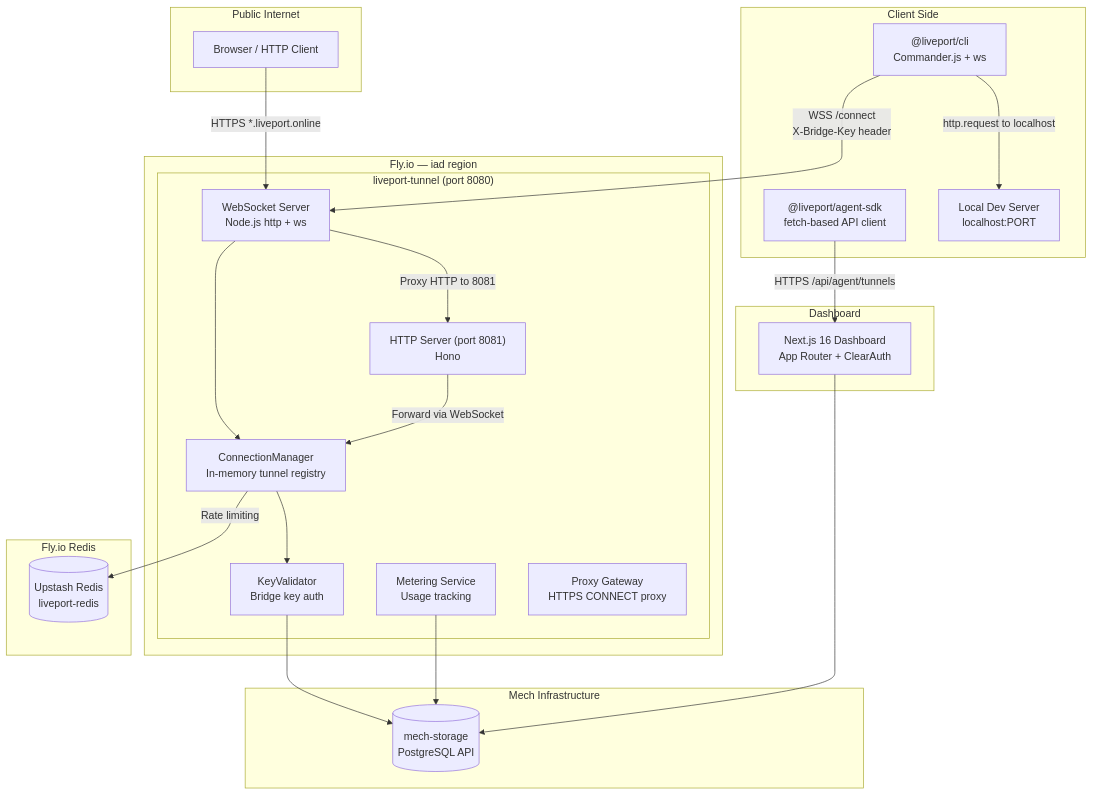
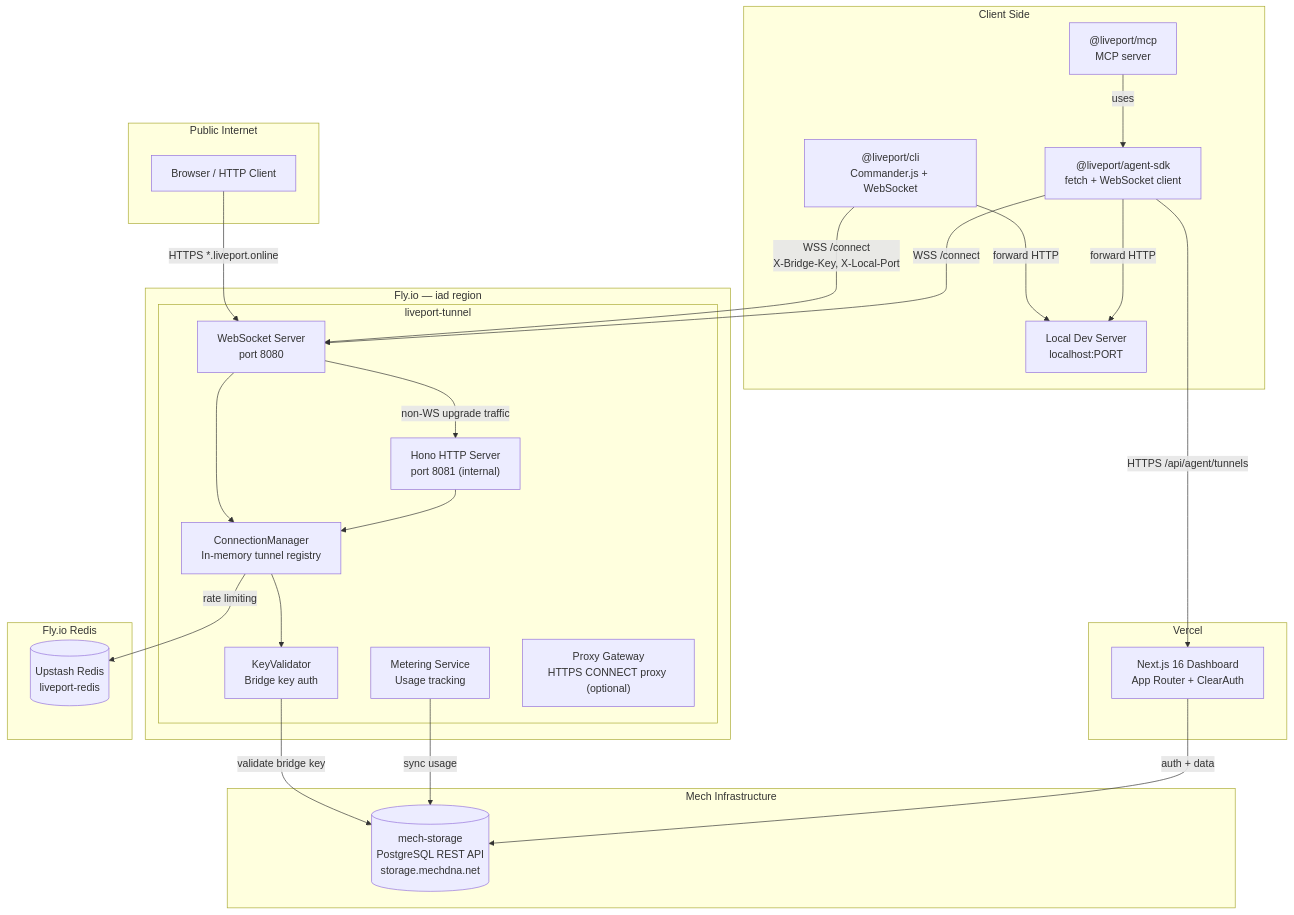
Before and after one commit to dundas/liveport: the first of 5 diagrams in docs/ARCHITECTURE.md, drawn with Mermaid. The commit also changed other lines of this file and 4 other files, not shown here.

````diff
--- a/docs/ARCHITECTURE.md
+++ b/docs/ARCHITECTURE.md
@@ -13,48 +26,52 @@
 ```mermaid
 graph TB
     subgraph "Client Side"
-        CLI["@liveport/cli<br/>Commander.js + ws"]
-        SDK["@liveport/agent-sdk<br/>fetch-based API client"]
+        CLI["@liveport/cli<br/>Commander.js + WebSocket"]
+        SDK["@liveport/agent-sdk<br/>fetch + WebSocket client"]
+        MCP["@liveport/mcp<br/>MCP server"]
         LocalServer["Local Dev Server<br/>localhost:PORT"]
     end
 
     subgraph "Fly.io — iad region"
-        subgraph "liveport-tunnel (port 8080)"
-            WSServer["WebSocket Server<br/>Node.js http + ws"]
-            HTTPServer["HTTP Server (port 8081)<br/>Hono"]
+        subgraph "liveport-tunnel"
+            WSServer["WebSocket Server<br/>port 8080"]
+            HTTPServer["Hono HTTP Server<br/>port 8081 (internal)"]
             ConnMgr["ConnectionManager<br/>In-memory tunnel registry"]
             KeyValidator["KeyValidator<br/>Bridge key auth"]
             Metering["Metering Service<br/>Usage tracking"]
-            ProxyGW["Proxy Gateway<br/>HTTPS CONNECT proxy"]
+            ProxyGW["Proxy Gateway<br/>HTTPS CONNECT proxy (optional)"]
         end
     end
 
-    subgraph "Dashboard"
+    subgraph "Vercel"
         NextApp["Next.js 16 Dashboard<br/>App Router + ClearAuth"]
     end
 
     subgraph "Mech Infrastructure"
-        MechDB[("mech-storage<br/>PostgreSQL API")]
+        MechDB[("mech-storage<br/>PostgreSQL REST API<br/>storage.mechdna.net")]
     end
 
     subgraph "Fly.io Redis"
         Redis[("Upstash Redis<br/>liveport-redis")]
     end
 
     subgraph "Public Internet"
         PublicClient["Browser / HTTP Client"]
     end
 
-    CLI -->|"WSS /connect<br/>X-Bridge-Key header"| WSServer
+    CLI -->|"WSS /connect<br/>X-Bridge-Key, X-Local-Port"| WSServer
+    SDK -->|"WSS /connect"| WSServer
     SDK -->|"HTTPS /api/agent/tunnels"| NextApp
-    WSServer -->|"Proxy HTTP to 8081"| HTTPServer
+    MCP -->|"uses"| SDK
+    WSServer -->|"non-WS upgrade traffic"| HTTPServer
     WSServer --> ConnMgr
-    HTTPServer -->|"Forward via WebSocket"| ConnMgr
+    HTTPServer --> ConnMgr
     ConnMgr --> KeyValidator
-    KeyValidator --> MechDB
-    Metering --> MechDB
-    ConnMgr -->|"Rate limiting"| Redis
-    NextApp --> MechDB
+    KeyValidator -->|"validate bridge key"| MechDB
+    Metering -->|"sync usage"| MechDB
+    ConnMgr -->|"rate limiting"| Redis
+    NextApp -->|"auth + data"| MechDB
     PublicClient -->|"HTTPS *.liveport.online"| WSServer
-    CLI -->|"http.request to localhost"| LocalServer
+    CLI -->|"forward HTTP"| LocalServer
+    SDK -->|"forward HTTP"| LocalServer
 ```
````
